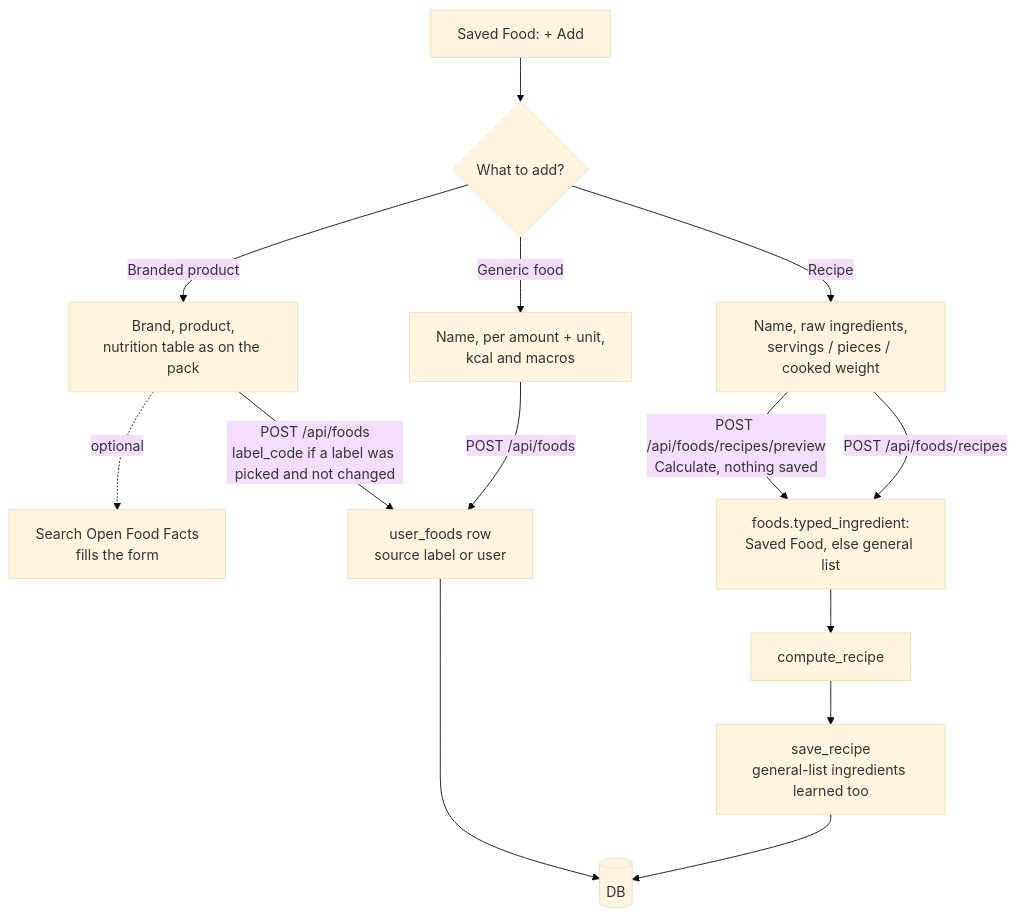
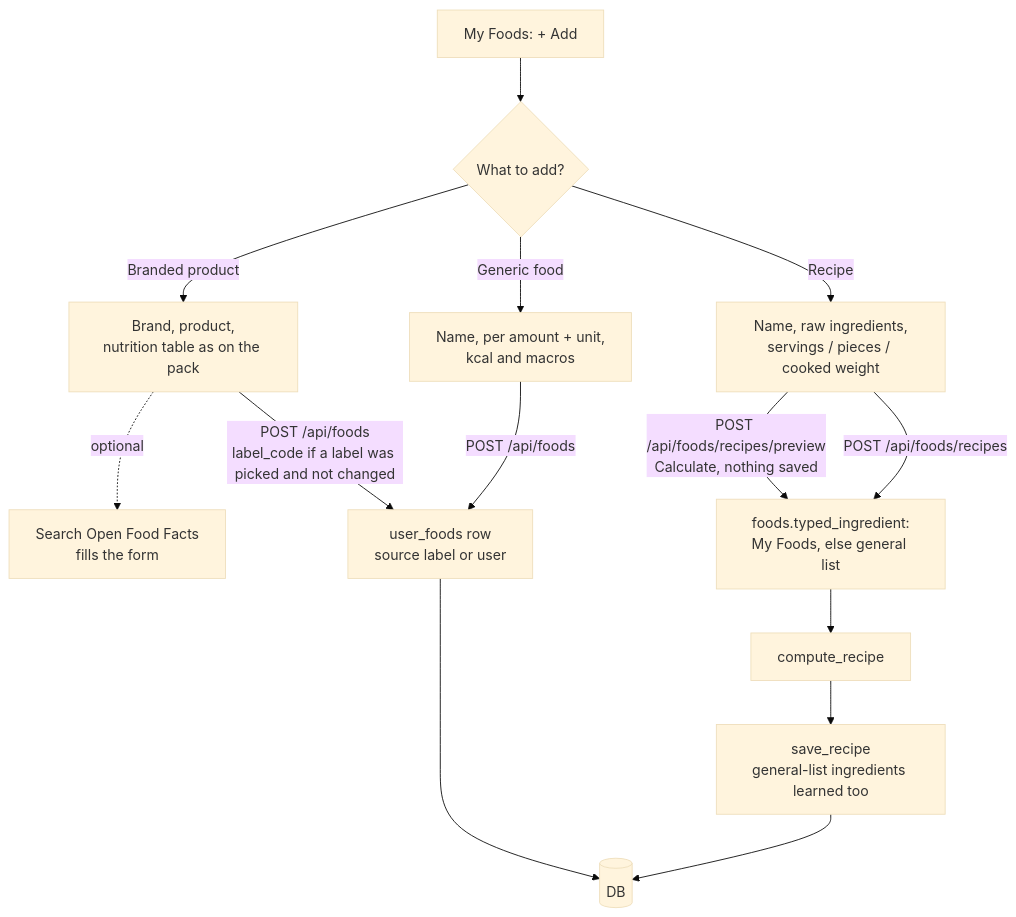
The tenth of 11 diagrams in docs/hld.md (NeoAnushka21/tracker_poc), drawn with Mermaid (base theme) before and after one commit. The commit also changed other lines of this file and 27 other files, not shown here.

````diff
--- a/docs/hld.md
+++ b/docs/hld.md
@@ -239,14 +239,14 @@
 ```mermaid
 flowchart TB
-    A[Saved Food: + Add] --> K{What to add?}
+    A[My Foods: + Add] --> K{What to add?}
     K -->|Branded product| B[Brand, product,<br/>nutrition table as on the pack]
     B -.->|optional| LS[Search Open Food Facts<br/>fills the form]
     K -->|Generic food| G[Name, per amount + unit,<br/>kcal and macros]
     K -->|Recipe| R[Name, raw ingredients,<br/>servings / pieces / cooked weight]
     B -->|POST /api/foods<br/>label_code if a label was picked and not changed| F[user_foods row<br/>source label or user]
     G -->|POST /api/foods| F
-    R -->|POST /api/foods/recipes/preview<br/>Calculate, nothing saved| P[foods.typed_ingredient:<br/>Saved Food, else general list]
+    R -->|POST /api/foods/recipes/preview<br/>Calculate, nothing saved| P[foods.typed_ingredient:<br/>My Foods, else general list]
     R -->|POST /api/foods/recipes| P --> C[compute_recipe] --> S[save_recipe<br/>general-list ingredients learned too]
     F --> DB[(DB)]
     S --> DB
 ```
````
